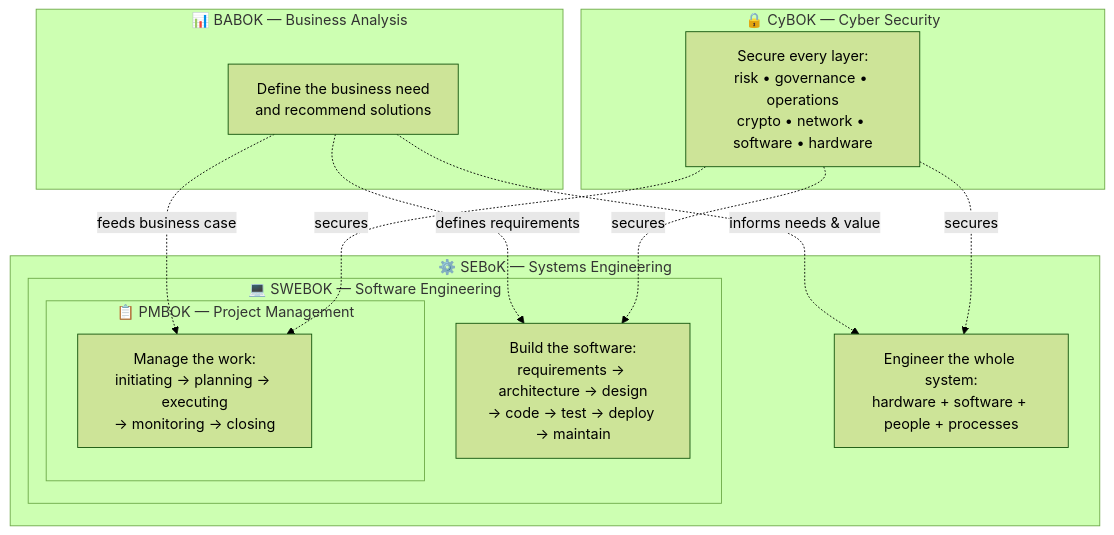
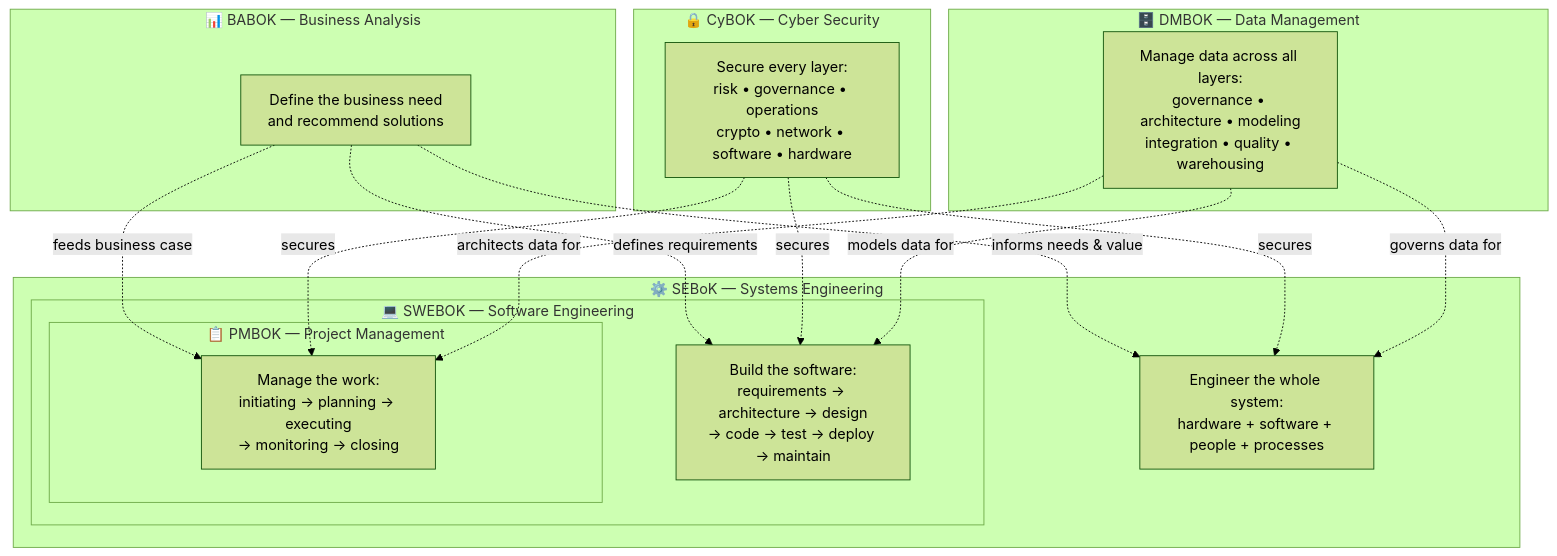
One commit to oat431/swe-knowledge changed the diagram in software-engineering-note/Body of Knowledge/Body of Knowledge - Overview.md. Above: the diagram before and after it, drawn with Mermaid (forest theme). The commit also changed other lines of this file and 13 other files, not shown here.

````diff
--- a/software-engineering-note/Body of Knowledge/Body of Knowledge - Overview.md
+++ b/software-engineering-note/Body of Knowledge/Body of Knowledge - Overview.md
@@ -92,27 +93,34 @@
 ```mermaid
 flowchart TD
     subgraph CyBOK_GRP["🔒 CyBOK — Cyber Security"]
         CYBER["Secure every layer:\nrisk • governance • operations\ncrypto • network • software • hardware"]
+    end
+
+    subgraph DMBOK_GRP["🗄️ DMBOK — Data Management"]
+        DATA["Manage data across all layers:\ngovernance • architecture • modeling\nintegration • quality • warehousing"]
     end
 
     subgraph BABOK_GRP["📊 BABOK — Business Analysis"]
         BA["Define the business need\nand recommend solutions"]
     end
 
     subgraph SEBoK_GRP["⚙️ SEBoK — Systems Engineering"]
         SE["Engineer the whole system:\nhardware + software + people + processes"]
         subgraph SWEBOK_GRP["💻 SWEBOK — Software Engineering"]
             SW["Build the software:\nrequirements → architecture → design\n→ code → test → deploy → maintain"]
             subgraph PMBOK_GRP["📋 PMBOK — Project Management"]
                 PM["Manage the work:\ninitiating → planning → executing\n→ monitoring → closing"]
             end
         end
     end
 
     BA -.->|"informs needs & value"| SE
     BA -.->|"defines requirements"| SW
     BA -.->|"feeds business case"| PM
     CYBER -.->|"secures"| SE
     CYBER -.->|"secures"| SW
     CYBER -.->|"secures"| PM
+    DATA -.->|"governs data for"| SE
+    DATA -.->|"models data for"| SW
+    DATA -.->|"architects data for"| PM
 ```
````
